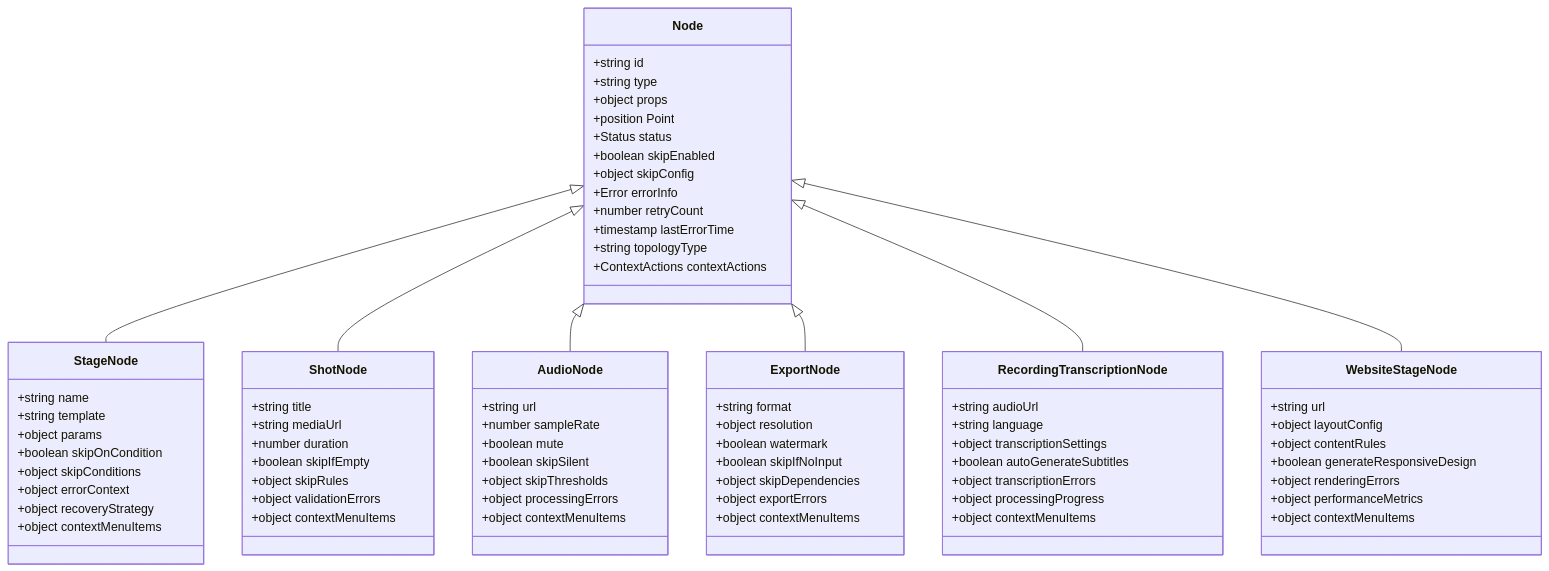
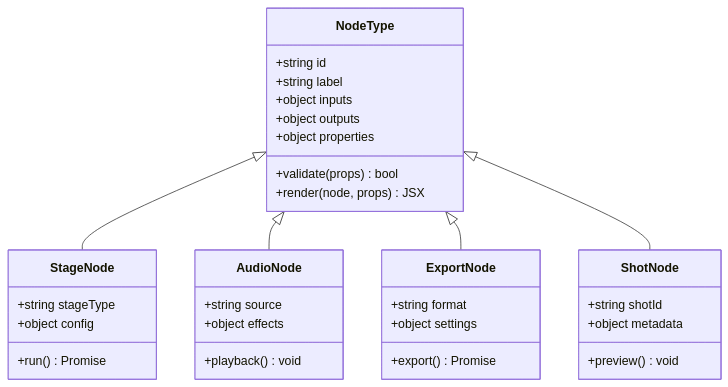
Before and after one commit to scottcwy/PurpleInk: the third of 11 diagrams in .qoder/repowiki/zh/content/画布编辑器/画布编辑器.md, drawn with Mermaid. The commit also changed other lines of this file and 872 other files, not shown here.

````diff
--- a/.qoder/repowiki/zh/content/画布编辑器/画布编辑器.md
+++ b/.qoder/repowiki/zh/content/画布编辑器/画布编辑器.md
@@ -434,78 +237,36 @@
 ```mermaid
 classDiagram
-class Node {
+class NodeType {
 +string id
-+string type
-+object props
-+position Point
-+Status status
-+boolean skipEnabled
-+object skipConfig
-+Error errorInfo
-+number retryCount
-+timestamp lastErrorTime
-+string topologyType
-+ContextActions contextActions
++string label
++object inputs
++object outputs
++object properties
++validate(props) bool
++render(node, props) JSX
 }
 class StageNode {
-+string name
-+string template
-+object params
-+boolean skipOnCondition
-+object skipConditions
-+object errorContext
-+object recoveryStrategy
-+object contextMenuItems
-}
-class ShotNode {
-+string title
-+string mediaUrl
-+number duration
-+boolean skipIfEmpty
-+object skipRules
-+object validationErrors
-+object contextMenuItems
++string stageType
++object config
++run() Promise
 }
 class AudioNode {
-+string url
-+number sampleRate
-+boolean mute
-+boolean skipSilent
-+object skipThresholds
-+object processingErrors
-+object contextMenuItems
++string source
++object effects
++playback() void
 }
 class ExportNode {
 +string format
-+object resolution
-+boolean watermark
-+boolean skipIfNoInput
-+object skipDependencies
-+object exportErrors
-+object contextMenuItems
++object settings
++export() Promise
 }
-class RecordingTranscriptionNode {
-+string audioUrl
-+string language
-+object transcriptionSettings
-+boolean autoGenerateSubtitles
-+object transcriptionErrors
-+object processingProgress
-+object contextMenuItems
+class ShotNode {
++string shotId
++object metadata
++preview() void
 }
-class WebsiteStageNode {
-+string url
-+object layoutConfig
-+object contentRules
-+boolean generateResponsiveDesign
-+object renderingErrors
-+object performanceMetrics
-+object contextMenuItems
-}
-Node <|-- StageNode
-Node <|-- ShotNode
-Node <|-- AudioNode
-Node <|-- ExportNode
-Node <|-- RecordingTranscriptionNode
-Node <|-- WebsiteStageNode
+NodeType <|-- StageNode
+NodeType <|-- AudioNode
+NodeType <|-- ExportNode
+NodeType <|-- ShotNode
 ```
````
